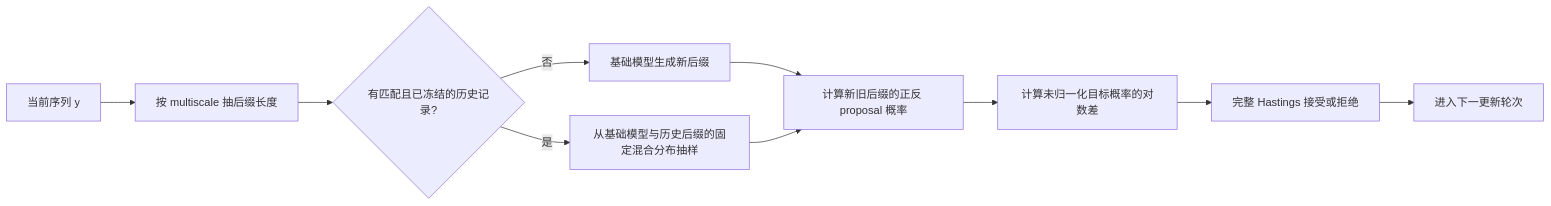
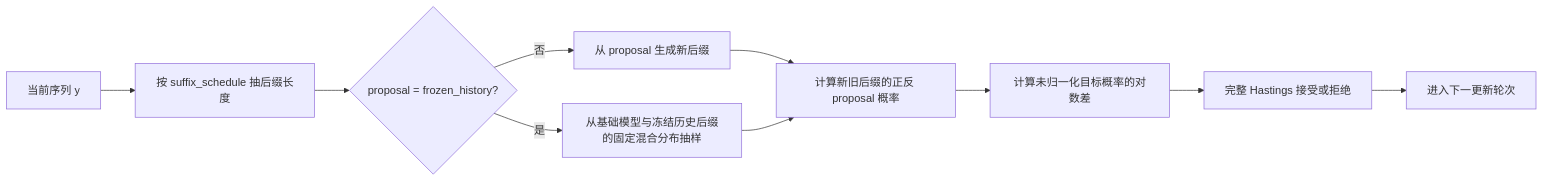
Before and after one commit to xchang1121/inference_scaling: the first of 2 diagrams in docs/methods/ALGORITHMS.md, drawn with Mermaid. The commit also changed other lines of this file and 245 other files, not shown here.

````diff
--- a/docs/methods/ALGORITHMS.md
+++ b/docs/methods/ALGORITHMS.md
@@ -136,12 +147,12 @@
 ```mermaid
 flowchart LR
-    A[当前序列 y] --> B[按 multiscale 抽后缀长度]
-    B --> C{有匹配且已冻结的历史记录?}
-    C -- 否 --> D[基础模型生成新后缀]
-    C -- 是 --> E[从基础模型与历史后缀的固定混合分布抽样]
+    A[当前序列 y] --> B[按 suffix_schedule 抽后缀长度]
+    B --> C{proposal = frozen_history?}
+    C -- 否 --> D[从 proposal 生成新后缀]
+    C -- 是 --> E[从基础模型与冻结历史后缀的固定混合分布抽样]
     D --> F[计算新旧后缀的正反 proposal 概率]
     E --> F
     F --> G[计算未归一化目标概率的对数差]
     G --> H[完整 Hastings 接受或拒绝]
     H --> I[进入下一更新轮次]
 ```
````
